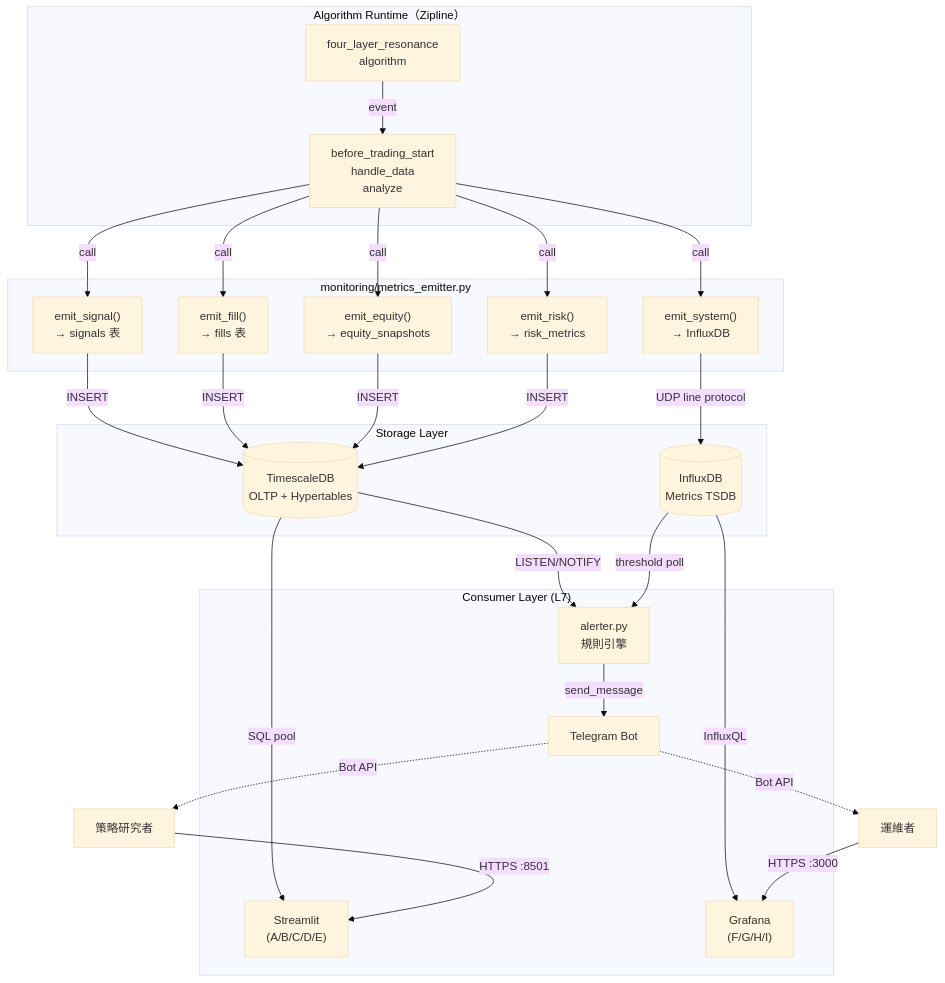
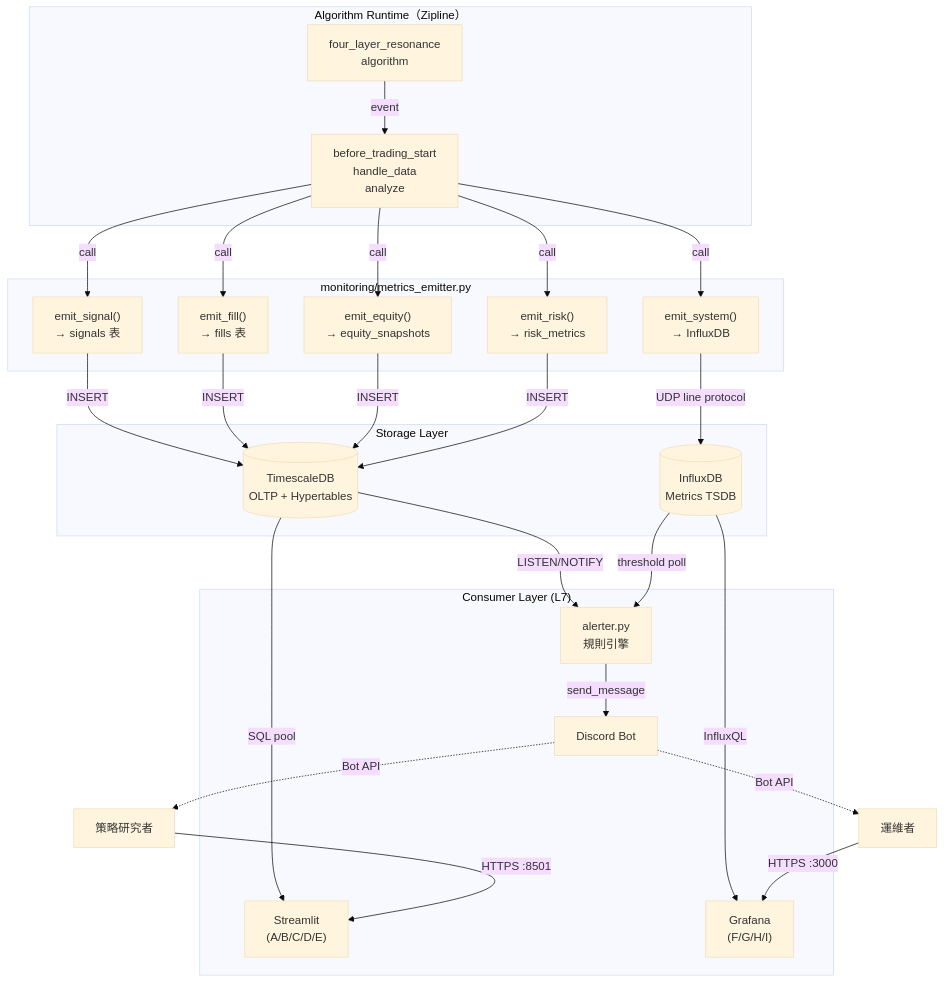
The second of 2 diagrams in dev_docs/20_dashboard_specification.md (Zenobia000/Quantitative_Trading), drawn with Mermaid (base theme) before and after one commit. The commit also changed other lines of this file and 12 other files, not shown here.

First line of the commit message:
docs: sweep Telegram → Discord across 13 docs (ADR-010 落地)

````diff
--- a/dev_docs/20_dashboard_specification.md
+++ b/dev_docs/20_dashboard_specification.md
@@ -621,55 +618,55 @@
 ```mermaid
 flowchart TB
     subgraph algo_runtime["Algorithm Runtime（Zipline）"]
         algo["four_layer_resonance<br/>algorithm"]
         hook["before_trading_start<br/>handle_data<br/>analyze"]
     end
 
     subgraph emitter["monitoring/metrics_emitter.py"]
         emit_signal["emit_signal()<br/>→ signals 表"]
         emit_fill["emit_fill()<br/>→ fills 表"]
         emit_equity["emit_equity()<br/>→ equity_snapshots"]
         emit_risk["emit_risk()<br/>→ risk_metrics"]
         emit_system["emit_system()<br/>→ InfluxDB"]
     end
 
     subgraph storage_layer["Storage Layer"]
         tsdb[("TimescaleDB<br/>OLTP + Hypertables")]
         influx[("InfluxDB<br/>Metrics TSDB")]
     end
 
     subgraph consumer["Consumer Layer (L7)"]
         st["Streamlit<br/>(A/B/C/D/E)"]
         gf["Grafana<br/>(F/G/H/I)"]
         alerter["alerter.py<br/>規則引擎"]
-        tg["Telegram Bot"]
+        tg["Discord Bot"]
     end
 
     user1["策略研究者"]
     user2["運維者"]
 
     algo -->|"event"| hook
     hook -->|"call"| emit_signal
     hook -->|"call"| emit_fill
     hook -->|"call"| emit_equity
     hook -->|"call"| emit_risk
     hook -->|"call"| emit_system
 
     emit_signal -->|"INSERT"| tsdb
     emit_fill -->|"INSERT"| tsdb
     emit_equity -->|"INSERT"| tsdb
     emit_risk -->|"INSERT"| tsdb
     emit_system -->|"UDP line protocol"| influx
 
     tsdb -->|"SQL pool"| st
     tsdb -->|"LISTEN/NOTIFY"| alerter
     influx -->|"InfluxQL"| gf
     influx -->|"threshold poll"| alerter
 
     alerter -->|"send_message"| tg
 
     user1 -->|"HTTPS :8501"| st
     user2 -->|"HTTPS :3000"| gf
     tg -.->|"Bot API"| user1
     tg -.->|"Bot API"| user2
 ```
````
